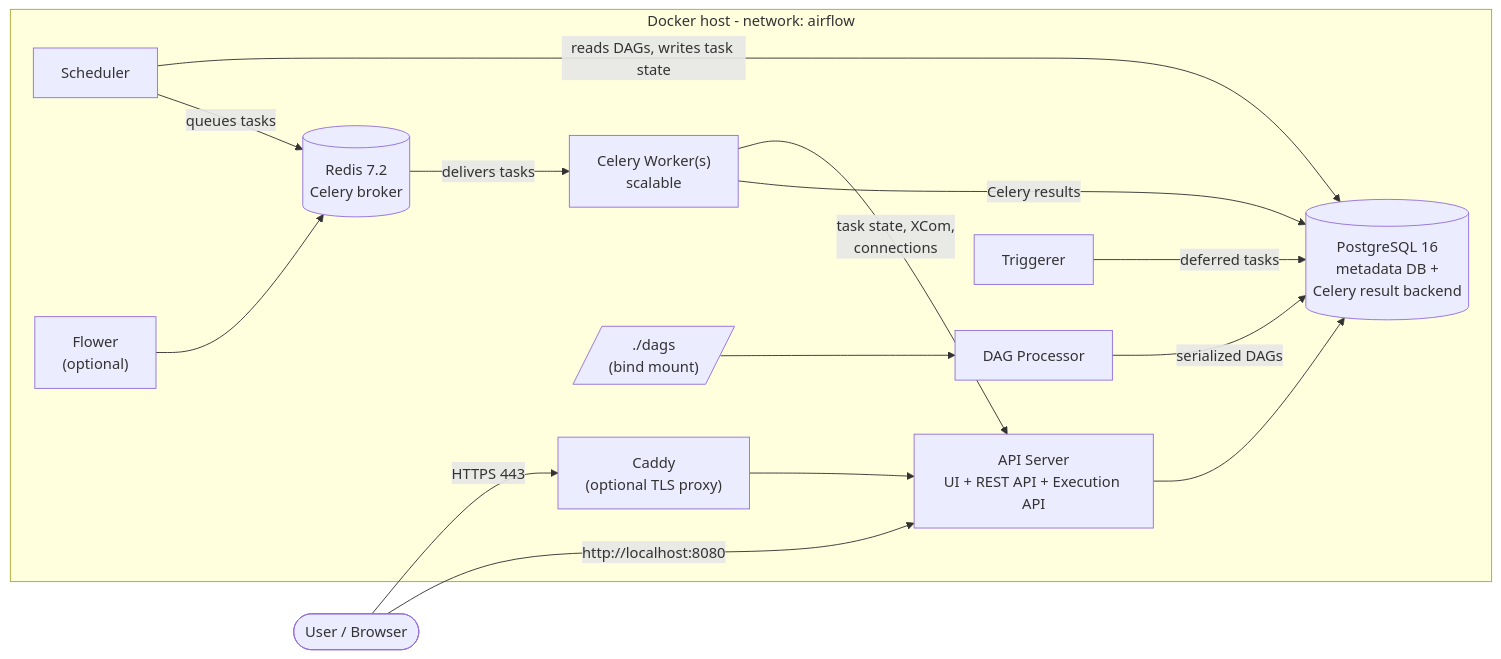
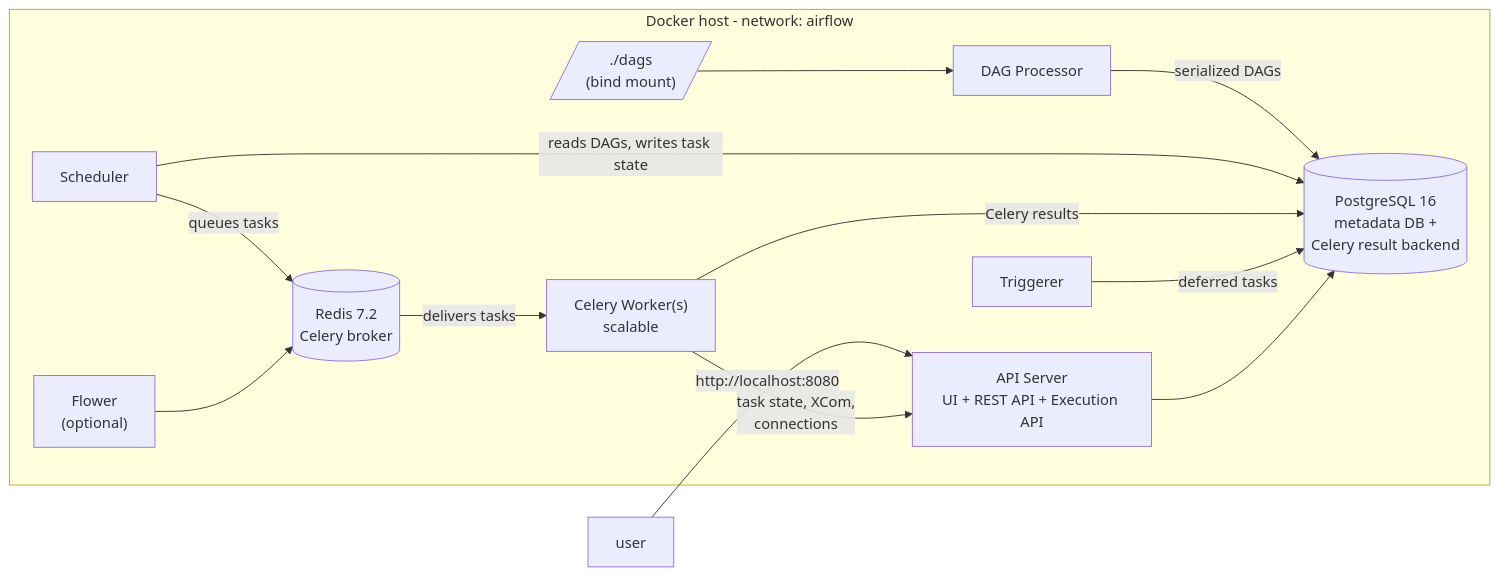
Before and after one commit to shsaurav13/airflow-docker: the first of 2 diagrams in README.md, drawn with Mermaid. The commit also changed other lines of this file and 6 other files, not shown here.

````diff
--- a/README.md
+++ b/README.md
@@ -11,32 +11,29 @@
 ```mermaid
 flowchart LR
-    user([User / Browser]) -->|HTTPS 443| caddy
     user -->|http://localhost:8080| api
 
     subgraph host[Docker host - network: airflow]
-        caddy["Caddy<br/>(optional TLS proxy)"] --> api
-
         api["API Server<br/>UI + REST API + Execution API"]
         sched[Scheduler]
         dagp[DAG Processor]
         trig[Triggerer]
         worker["Celery Worker(s)<br/>scalable"]
         flower["Flower<br/>(optional)"]
 
         pg[("PostgreSQL 16<br/>metadata DB +<br/>Celery result backend")]
         redis[("Redis 7.2<br/>Celery broker")]
 
         dags[/"./dags<br/>(bind mount)"/]
     end
 
     dags --> dagp
     dagp -->|serialized DAGs| pg
     sched -->|reads DAGs, writes task state| pg
     sched -->|queues tasks| redis
     redis -->|delivers tasks| worker
     worker -->|task state, XCom,<br/>connections| api
     worker -->|Celery results| pg
     trig -->|deferred tasks| pg
     api --> pg
     flower --> redis
 ```
````
